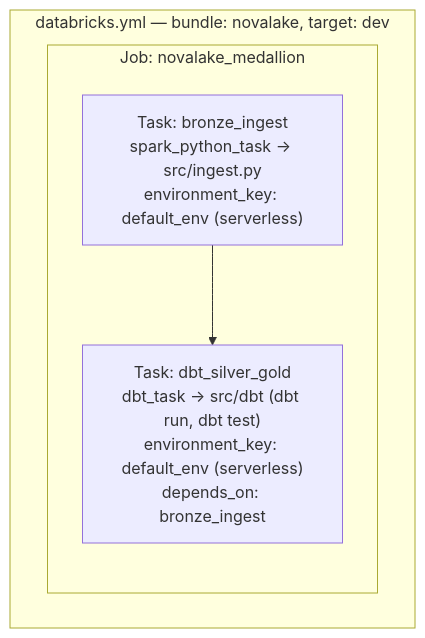
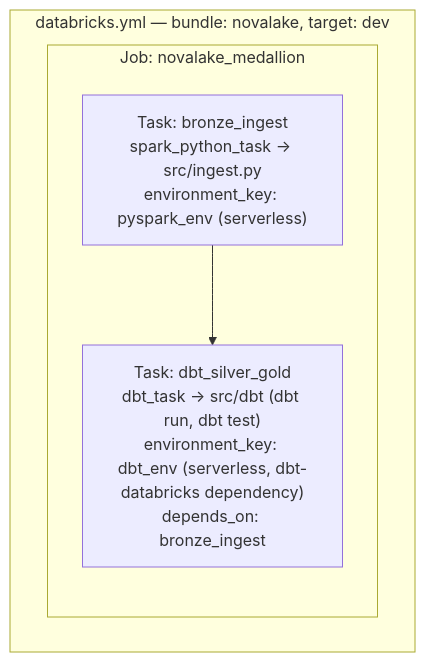
Before and after one commit to ChiragVenkateshaiah/novalake: the second of 3 diagrams in docs/architecture.md, drawn with Mermaid. The commit also changed 5 other files, not shown here.

````diff
--- a/docs/architecture.md
+++ b/docs/architecture.md
@@ -53,10 +53,10 @@
 ```mermaid
 flowchart TB
     subgraph Bundle["databricks.yml — bundle: novalake, target: dev"]
         subgraph Job["Job: novalake_medallion"]
-            T1["Task: bronze_ingest<br/>spark_python_task → src/ingest.py<br/>environment_key: default_env (serverless)"]
-            T2["Task: dbt_silver_gold<br/>dbt_task → src/dbt (dbt run, dbt test)<br/>environment_key: default_env (serverless)<br/>depends_on: bronze_ingest"]
+            T1["Task: bronze_ingest<br/>spark_python_task → src/ingest.py<br/>environment_key: pyspark_env (serverless)"]
+            T2["Task: dbt_silver_gold<br/>dbt_task → src/dbt (dbt run, dbt test)<br/>environment_key: dbt_env (serverless, dbt-databricks dependency)<br/>depends_on: bronze_ingest"]
             T1 --> T2
         end
     end
 ```
````
